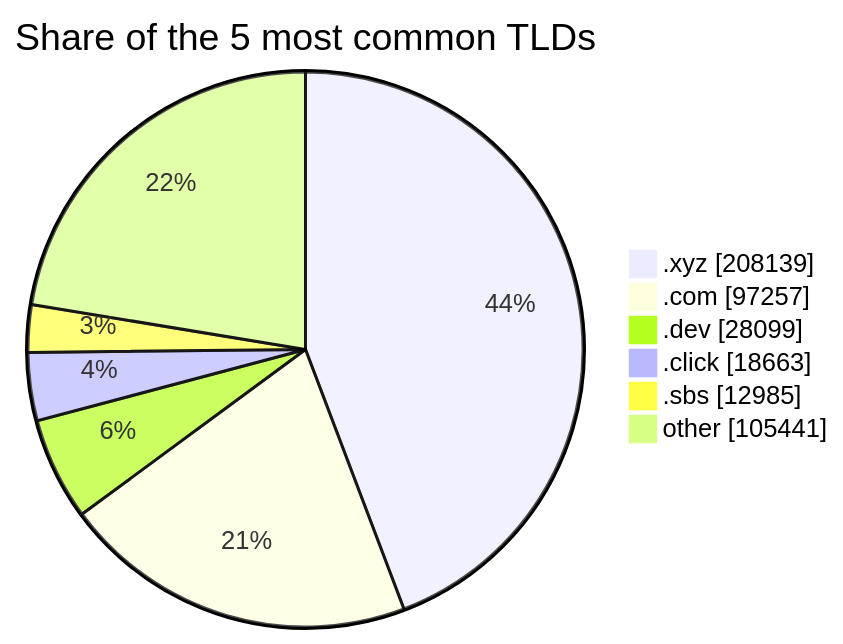
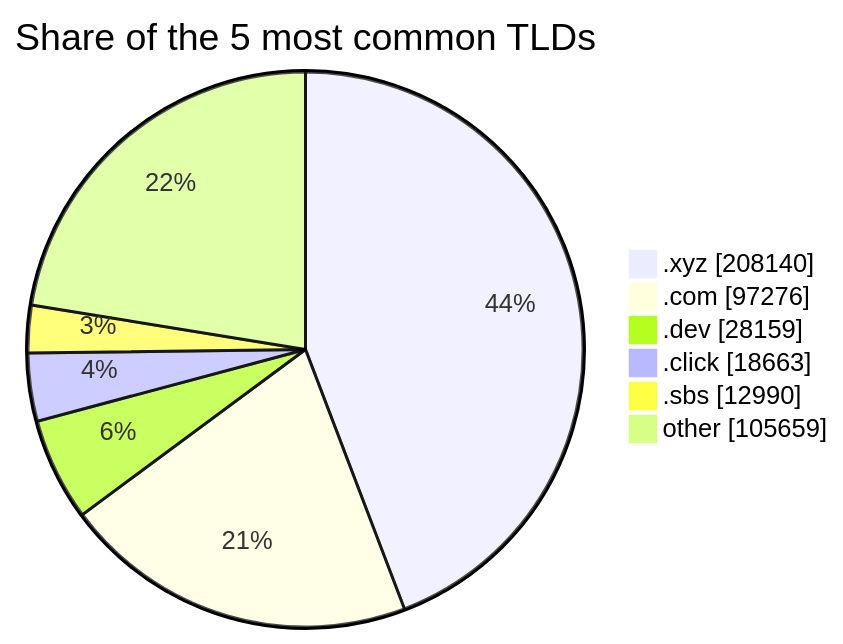
Before and after one commit to DNSBunker/CTI: the second of 2 diagrams in README.md, drawn with Mermaid. The commit also changed other lines of this file and 3 other files, not shown here.

````diff
--- a/README.md
+++ b/README.md
@@ -72,9 +72,9 @@
 ```mermaid
 pie showData title Share of the 5 most common TLDs
-    ".xyz" : 208139
-    ".com" : 97257
-    ".dev" : 28099
+    ".xyz" : 208140
+    ".com" : 97276
+    ".dev" : 28159
     ".click" : 18663
-    ".sbs" : 12985
-    "other" : 105441
+    ".sbs" : 12990
+    "other" : 105659
 ```
````
